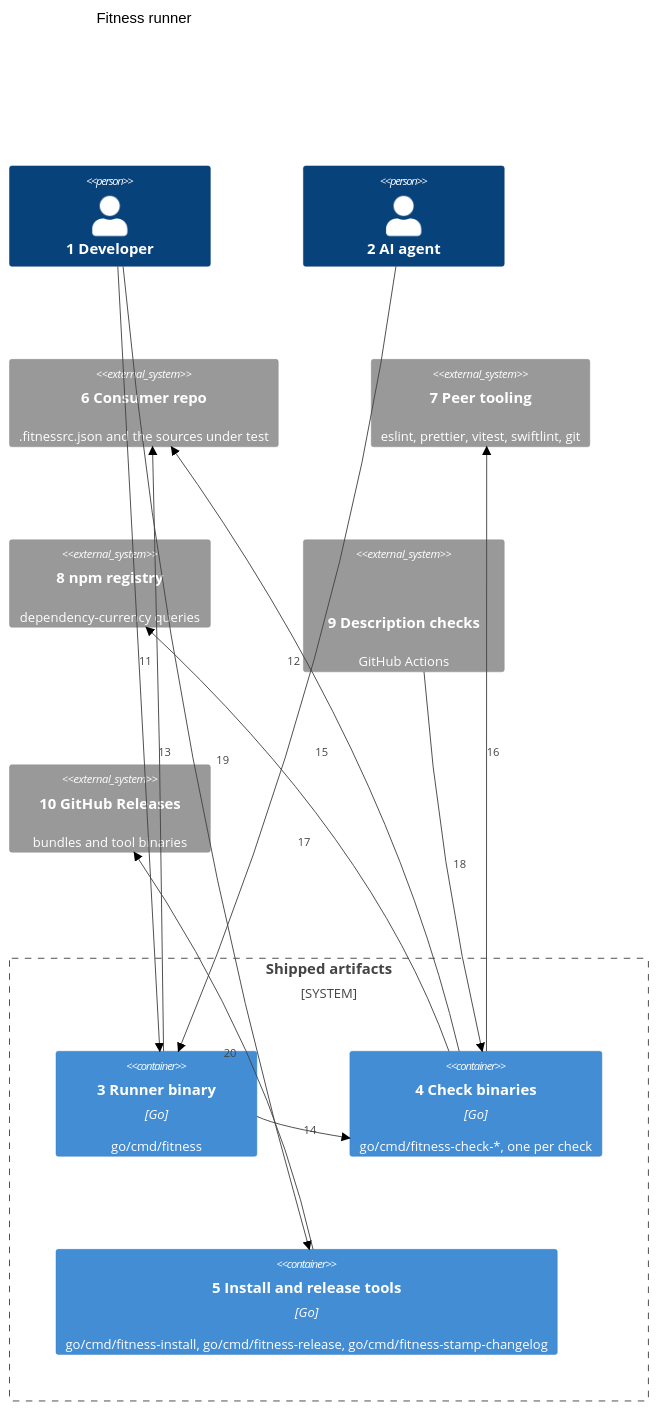
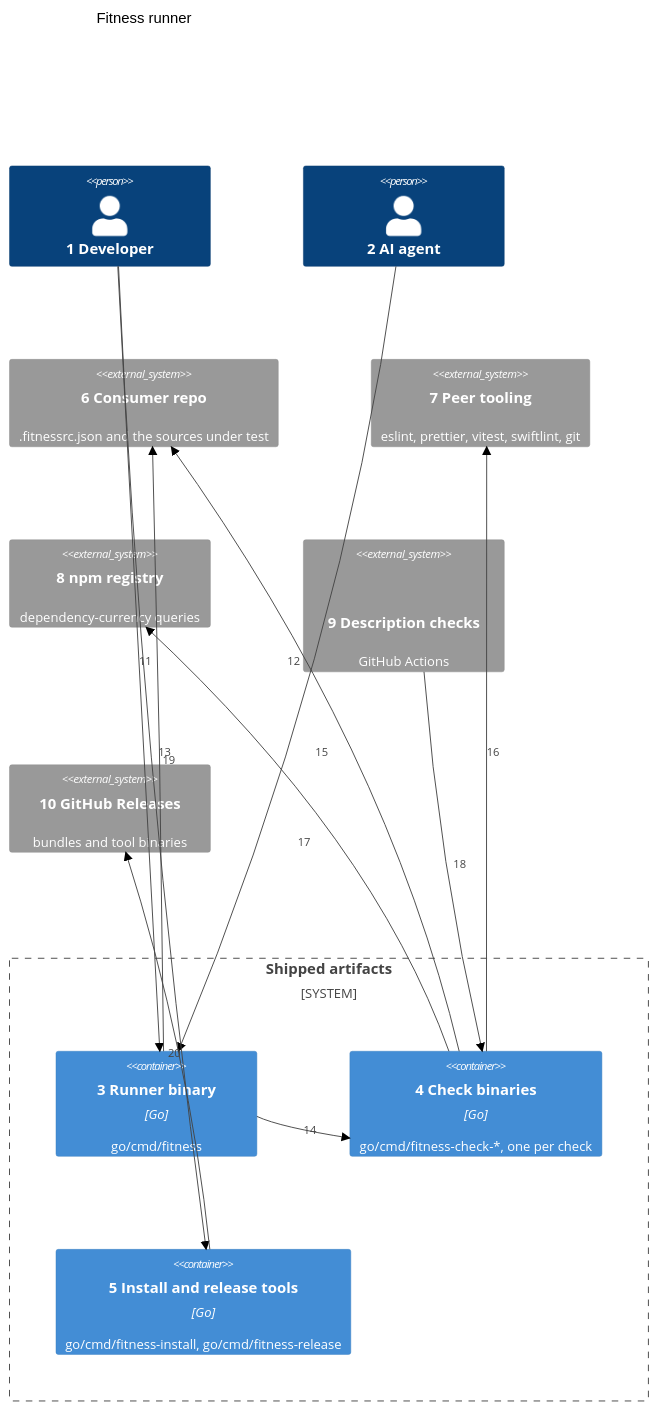
One commit to may-journal/fitness-runner changed the first of 2 diagrams in docs/architecture/02-containers.md. Above: the diagram before and after it, drawn with Mermaid (forest theme). The commit also changed other lines of this file and 22 other files, not shown here.

First line of the commit message:
feat(changelog): drop the changelog stamp hook

````diff
--- a/docs/architecture/02-containers.md
+++ b/docs/architecture/02-containers.md
@@ -7,30 +7,30 @@
 ```mermaid
 C4Container
     title Fitness runner
 
     Person(developer, "1 Developer")
     Person(agent, "2 AI agent")
 
     System_Boundary(ship, "Shipped artifacts") {
         Container(cli, "3 Runner binary", "Go", "go/cmd/fitness")
         Container(checks, "4 Check binaries", "Go", "go/cmd/fitness-check-*, one per check")
-        Container(tools, "5 Install and release tools", "Go", "go/cmd/fitness-install, go/cmd/fitness-release, go/cmd/fitness-stamp-changelog")
+        Container(tools, "5 Install and release tools", "Go", "go/cmd/fitness-install, go/cmd/fitness-release")
     }
 
     System_Ext(consumer, "6 Consumer repo", ".fitnessrc.json and the sources under test")
     System_Ext(peers, "7 Peer tooling", "eslint, prettier, vitest, swiftlint, git")
     System_Ext(registry, "8 npm registry", "dependency-currency queries")
     System_Ext(ci, "9 Description checks", "GitHub Actions", "plan-check and pr-check")
     System_Ext(releases, "10 GitHub Releases", "bundles and tool binaries")
 
     Rel(developer, cli, "11")
     Rel(agent, cli, "12")
     Rel(cli, consumer, "13")
     Rel(cli, checks, "14")
     Rel(checks, consumer, "15")
     Rel(checks, peers, "16")
     Rel(checks, registry, "17")
     Rel(ci, checks, "18")
     Rel(developer, tools, "19")
     Rel(tools, releases, "20")
 ```
````
